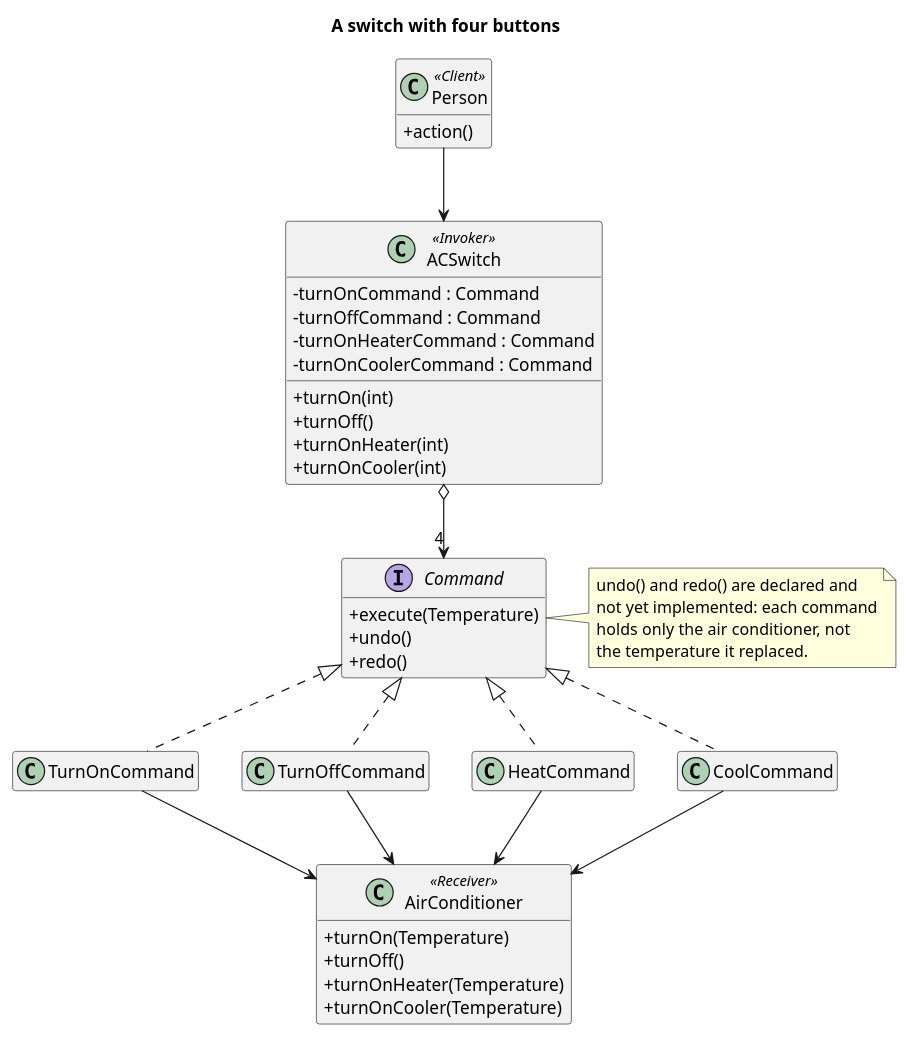
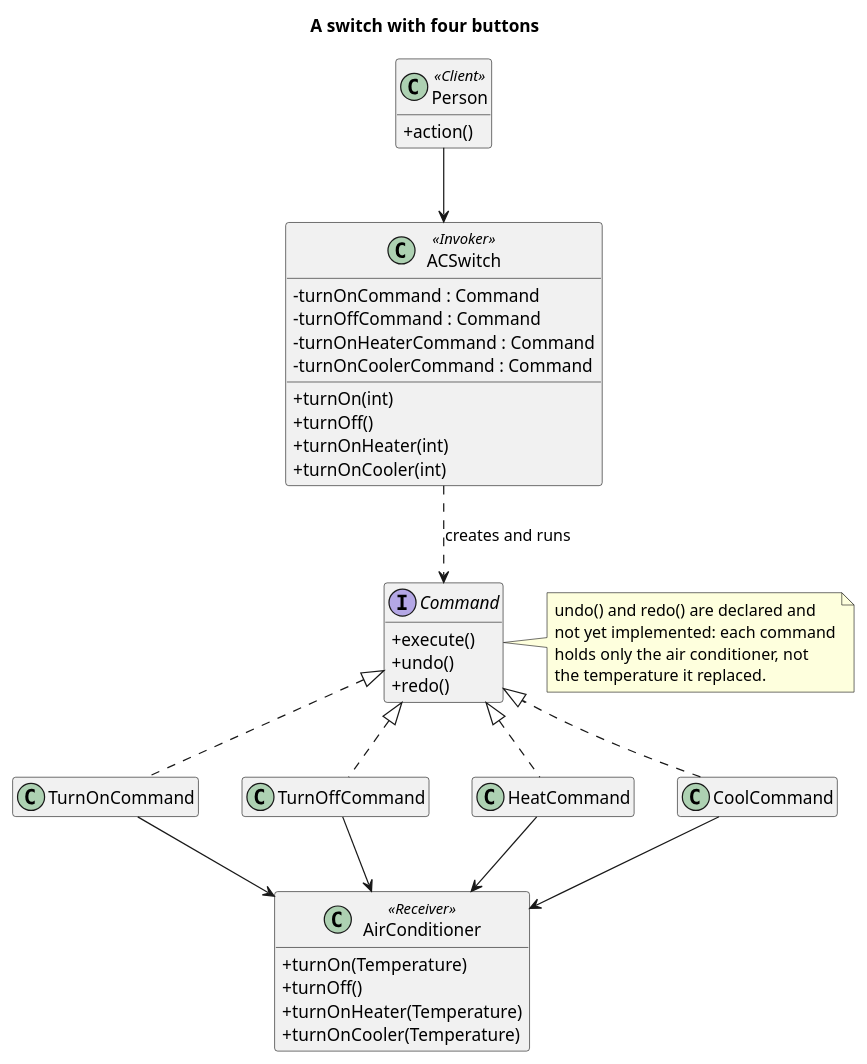
One commit to kaldiroglu/DesignPatternsWithJava changed the diagram in src/main/java/dev/kaldiroglu/dp/behavioral/command/ac/uml/Command - Air Conditioner - Class Diagram.puml. Above: the diagram before and after it, drawn with PlantUML. The commit also changed 15 other files, not shown here.

First line of the commit message:
Command ac: a command holds its temperature, so execute takes no argument

```diff
--- a/src/main/java/dev/kaldiroglu/dp/behavioral/command/ac/uml/Command - Air Conditioner - Class Diagram.puml
+++ b/src/main/java/dev/kaldiroglu/dp/behavioral/command/ac/uml/Command - Air Conditioner - Class Diagram.puml
@@ -1,52 +1,52 @@
 @startuml "Command - Air Conditioner - Class Diagram"
 skinparam classAttributeIconSize 0
 hide empty members
 title A switch with four buttons
 
 class Person <<Client>> {
   + action()
 }
 class ACSwitch <<Invoker>> {
   - turnOnCommand : Command
   - turnOffCommand : Command
   - turnOnHeaterCommand : Command
   - turnOnCoolerCommand : Command
   + turnOn(int)
   + turnOff()
   + turnOnHeater(int)
   + turnOnCooler(int)
 }
 interface Command {
-  + execute(Temperature)
+  + execute()
   + undo()
   + redo()
 }
 class TurnOnCommand
 class TurnOffCommand
 class HeatCommand
 class CoolCommand
 class AirConditioner <<Receiver>> {
   + turnOn(Temperature)
   + turnOff()
   + turnOnHeater(Temperature)
   + turnOnCooler(Temperature)
 }
 
 Person --> ACSwitch
-ACSwitch o--> "4" Command
+ACSwitch ..> Command : creates and runs
 Command <|.. TurnOnCommand
 Command <|.. TurnOffCommand
 Command <|.. HeatCommand
 Command <|.. CoolCommand
 TurnOnCommand --> AirConditioner
 TurnOffCommand --> AirConditioner
 HeatCommand --> AirConditioner
 CoolCommand --> AirConditioner
 
 note right of Command
   undo() and redo() are declared and
   not yet implemented: each command
   holds only the air conditioner, not
   the temperature it replaced.
 end note
 @enduml
```
